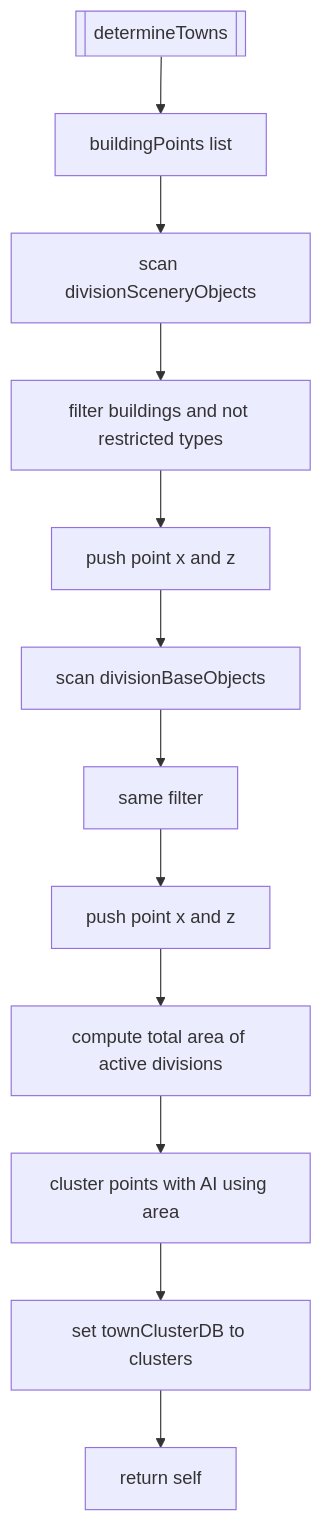
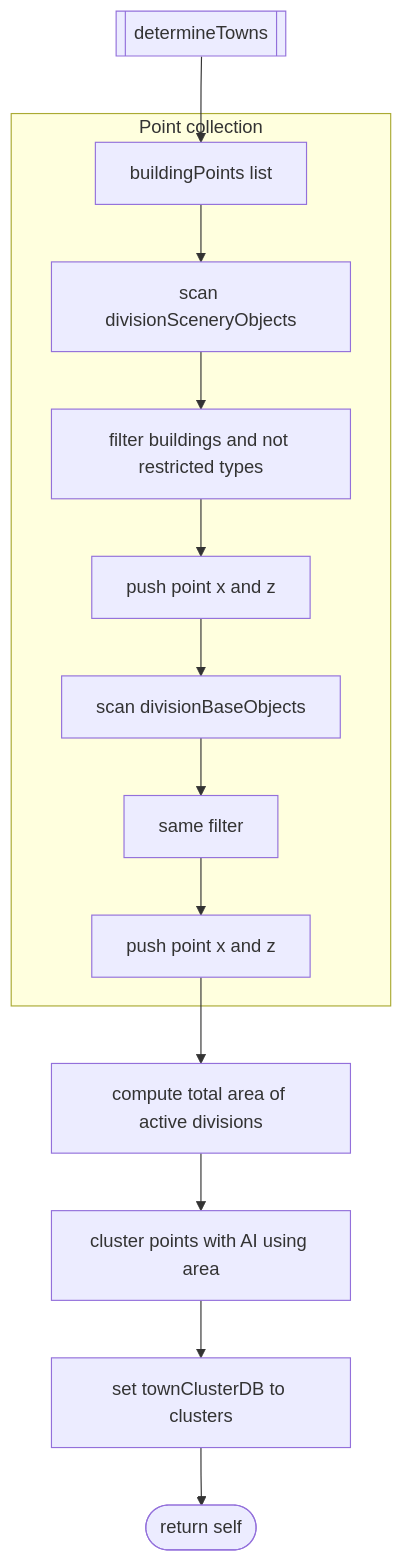
One commit to Gh0st352/AETHR changed the second of 5 diagrams in docs/world/towns.md. Above: the diagram before and after it, drawn with Mermaid. The commit also changed other lines of this file and 7 other files, not shown here.

First line of the commit message:
docs(world, mermaid): normalize headings and standardize Mermaid diagrams

````diff
--- a/docs/world/towns.md
+++ b/docs/world/towns.md
@@ -41,14 +49,21 @@
 ```mermaid
+%% shared theme: docs/_mermaid/theme.json %%
 flowchart TD
   DT[[determineTowns]] --> BP[buildingPoints list]
-  BP --> SCN[scan divisionSceneryObjects]
-  SCN --> FIL1[filter buildings and not restricted types]
-  FIL1 --> PUSH1[push point x and z]
-  PUSH1 --> BAS[scan divisionBaseObjects]
-  BAS --> FIL2[same filter]
-  FIL2 --> PUSH2[push point x and z]
+  subgraph "Point collection"
+    BP --> SCN[scan divisionSceneryObjects]
+    SCN --> FIL1[filter buildings and not restricted types]
+    FIL1 --> PUSH1[push point x and z]
+    PUSH1 --> BAS[scan divisionBaseObjects]
+    BAS --> FIL2[same filter]
+    FIL2 --> PUSH2[push point x and z]
+  end
   PUSH2 --> AREA[compute total area of active divisions]
   AREA --> CLUS[cluster points with AI using area]
   CLUS --> SAVE[set townClusterDB to clusters]
-  SAVE --> RET[return self]
+  SAVE --> RET([return self])
+
+  class RET class_result;
+  class DT,BP,SCN,FIL1,PUSH1,BAS,FIL2,PUSH2,AREA,CLUS,SAVE class_step;
+  class SAVE class_data;
 ```
````
